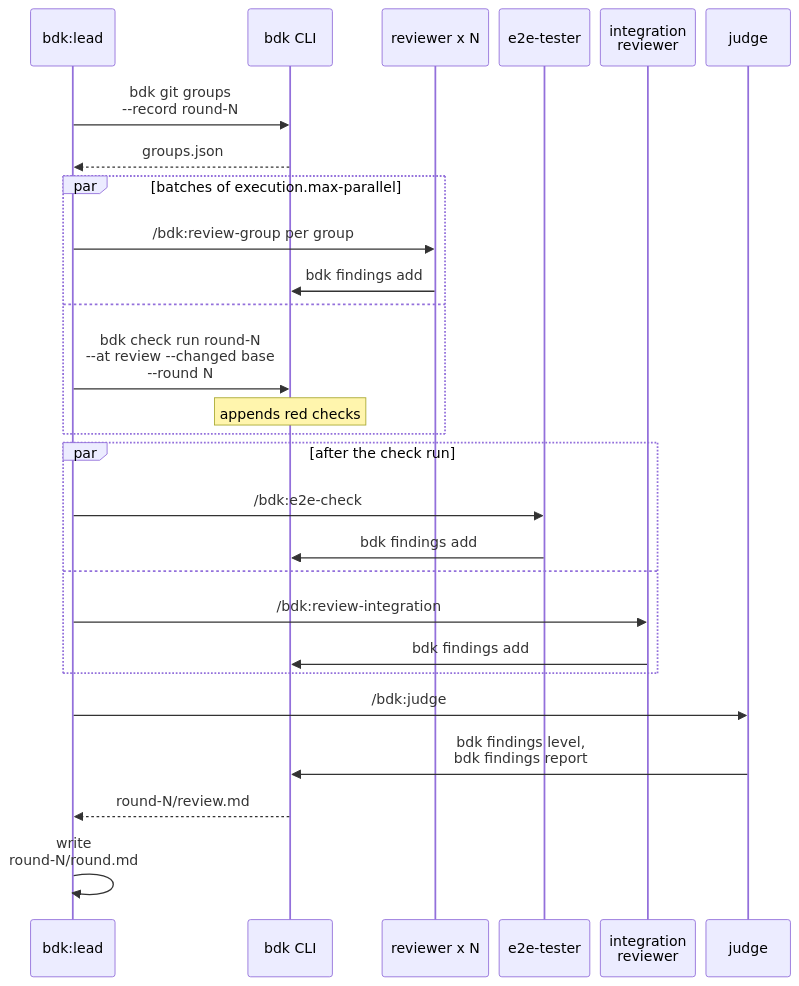
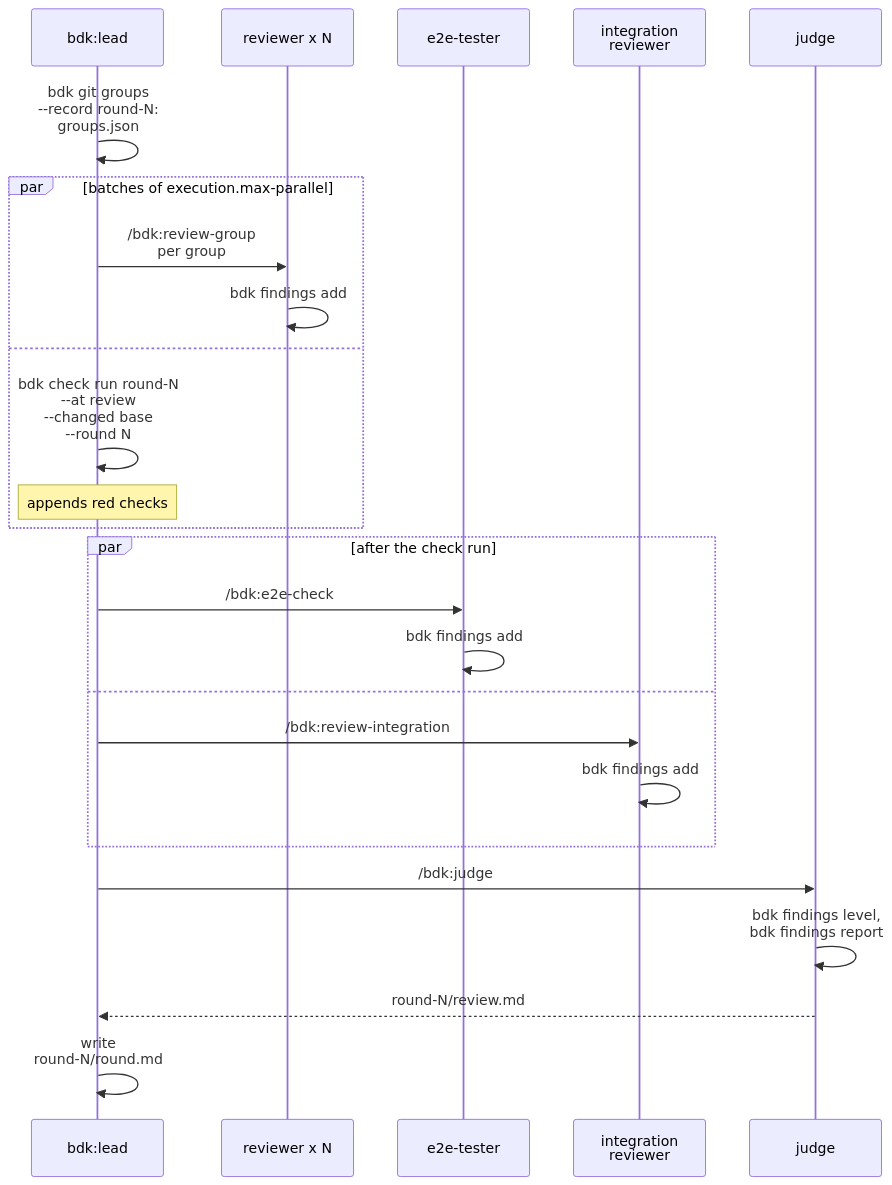
Diagram 11 of 15 in docs/concepts/orchestrators.md (broneq/bdk), drawn with Mermaid before and after one commit. The commit also changed other lines of this file and 20 other files, not shown here.

First line of the commit message:
fix(docs): fit every diagram into the content column

````diff
--- a/docs/concepts/orchestrators.md
+++ b/docs/concepts/orchestrators.md
@@ -249,30 +248,27 @@
 ```mermaid
-%%{init: {"sequence": {"actorMargin": 12, "width": 96, "noteMargin": 6}}}%%
 sequenceDiagram
   participant L as bdk:lead
-  participant B as bdk CLI
   participant R as reviewer x N
   participant E as e2e-tester
   participant I as integration<br/>reviewer
   participant J as judge
-  L->>B: bdk git groups<br/>--record round-N
-  B-->>L: groups.json
+  L->>L: bdk git groups<br/>--record round-N:<br/>groups.json
   par batches of execution.max-parallel
-    L->>R: /bdk:review-group per group
-    R->>B: bdk findings add
+    L->>R: /bdk:review-group<br/>per group
+    R->>R: bdk findings add
   and
-    L->>B: bdk check run round-N<br/>--at review --changed base<br/>--round N
-    Note over B: appends red checks
+    L->>L: bdk check run round-N<br/>--at review<br/>--changed base<br/>--round N
+    Note over L: appends red checks
   end
   par after the check run
     L->>E: /bdk:e2e-check
-    E->>B: bdk findings add
+    E->>E: bdk findings add
   and
     L->>I: /bdk:review-integration
-    I->>B: bdk findings add
+    I->>I: bdk findings add
   end
   L->>J: /bdk:judge
-  J->>B: bdk findings level,<br/>bdk findings report
-  B-->>L: round-N/review.md
+  J->>J: bdk findings level,<br/>bdk findings report
+  J-->>L: round-N/review.md
   L->>L: write<br/>round-N/round.md
 ```
````
